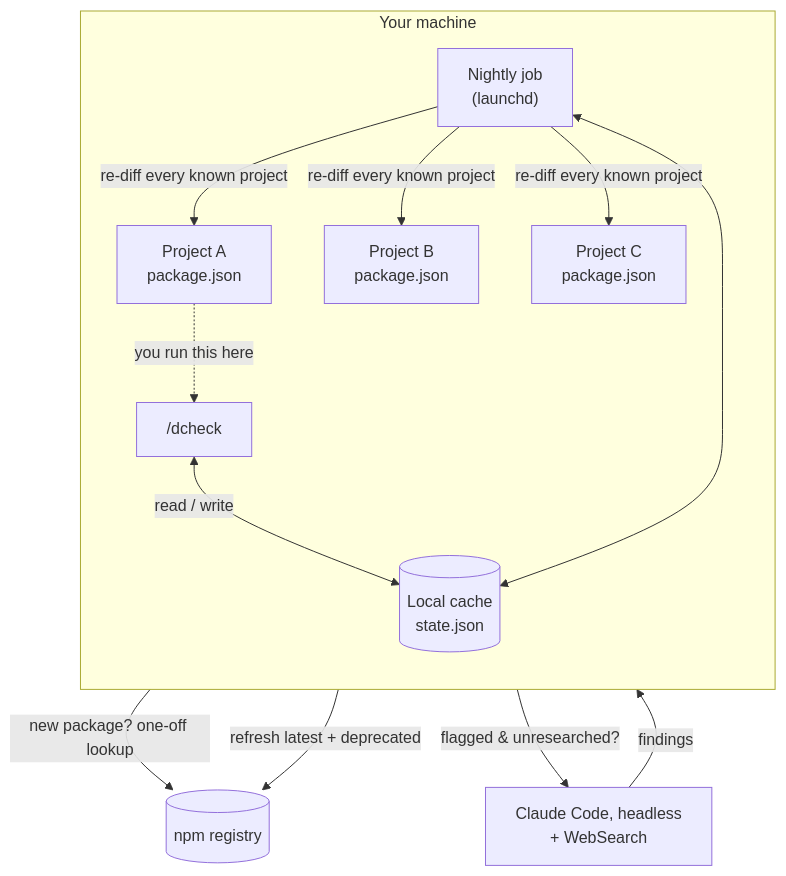
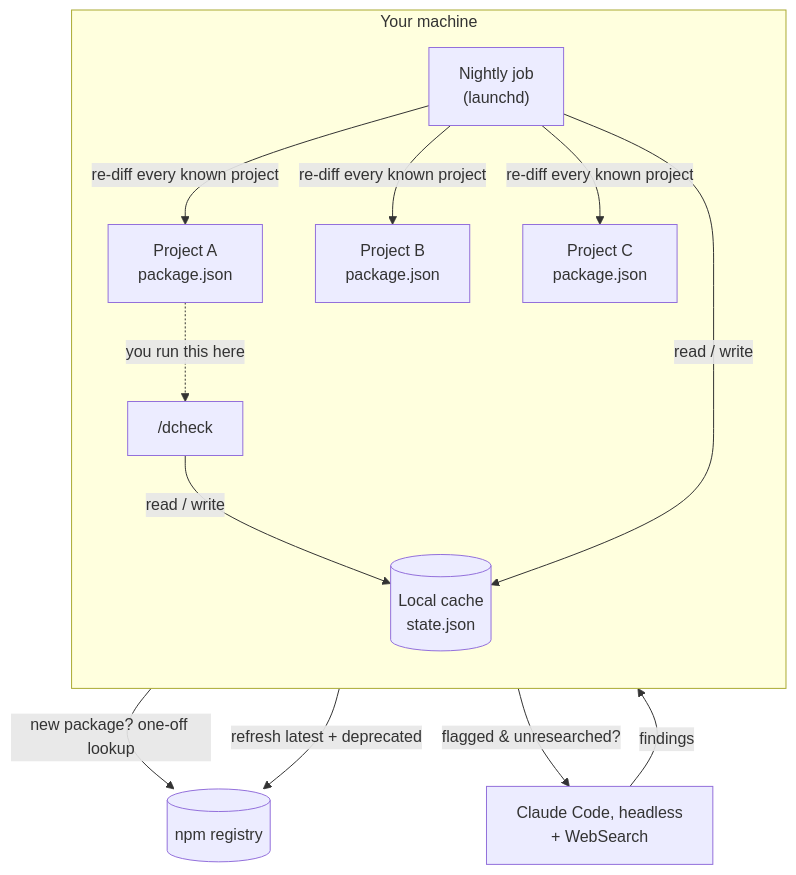
The first of 5 diagrams in README.md (AlexanderS-2261875/DepsCheck), drawn with Mermaid before and after one commit.

Commit message:
Fix mermaid architecture diagram rendering on GitHub
Bidirectional (<-->) edges render inconsistently in GitHub's Mermaid
engine, especially where /dcheck already had three converging edges —
that's what scrambled the arrow routing in the screenshot. Replaced
both bidirectional edges with directional ones carrying the same
labels; no information lost, renders reliably everywhere.

````diff
--- a/README.md
+++ b/README.md
@@ -71,26 +71,26 @@
 ```mermaid
 flowchart TD
     subgraph Machine["Your machine"]
         direction TB
         ProjA["Project A<br/>package.json"]
         ProjB["Project B<br/>package.json"]
         ProjC["Project C<br/>package.json"]
         CLI["/dcheck"]
         Cache[("Local cache<br/>state.json")]
         Nightly["Nightly job<br/>(launchd)"]
     end
     Registry[("npm registry")]
     Claude["Claude Code, headless<br/>+ WebSearch"]
 
     ProjA -.->|you run this here| CLI
-    CLI <-->|read / write| Cache
+    CLI -->|read / write| Cache
     CLI -->|new package? one-off lookup| Registry
 
     Nightly -->|re-diff every known project| ProjA
     Nightly -->|re-diff every known project| ProjB
     Nightly -->|re-diff every known project| ProjC
     Nightly -->|refresh latest + deprecated| Registry
     Nightly -->|flagged & unresearched?| Claude
     Claude -->|findings| Cache
-    Nightly <--> Cache
+    Nightly -->|read / write| Cache
 ```
````
